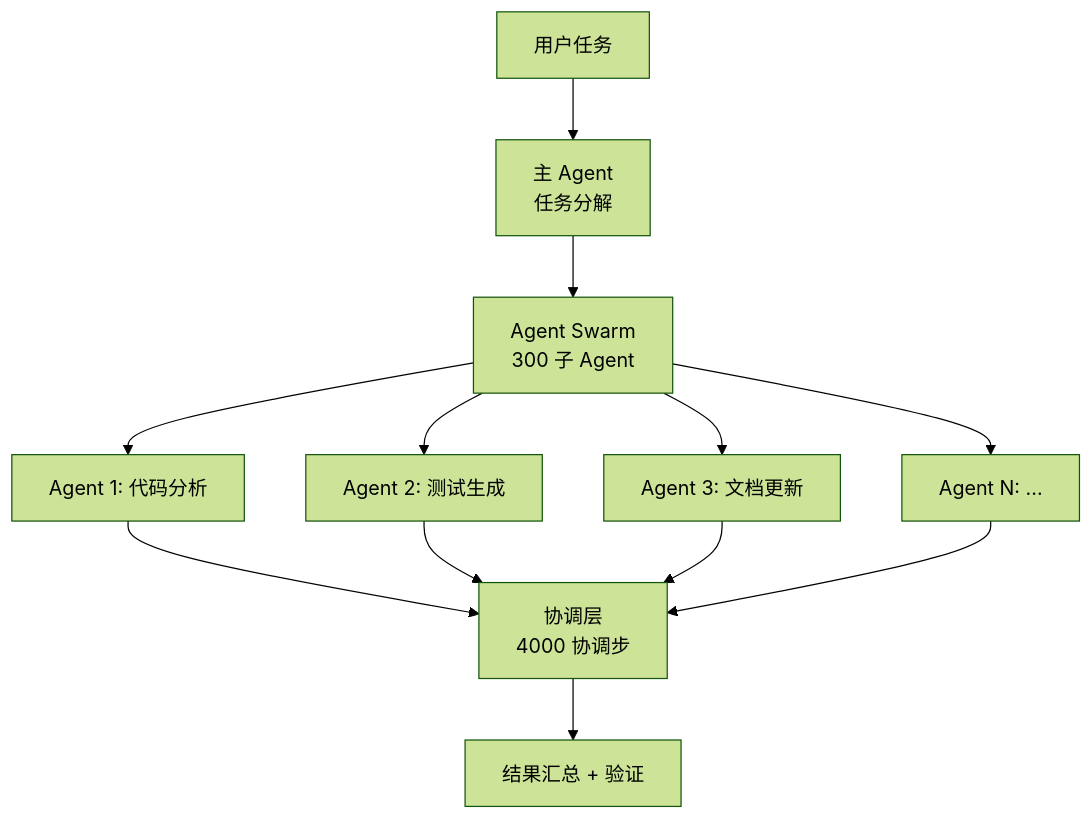
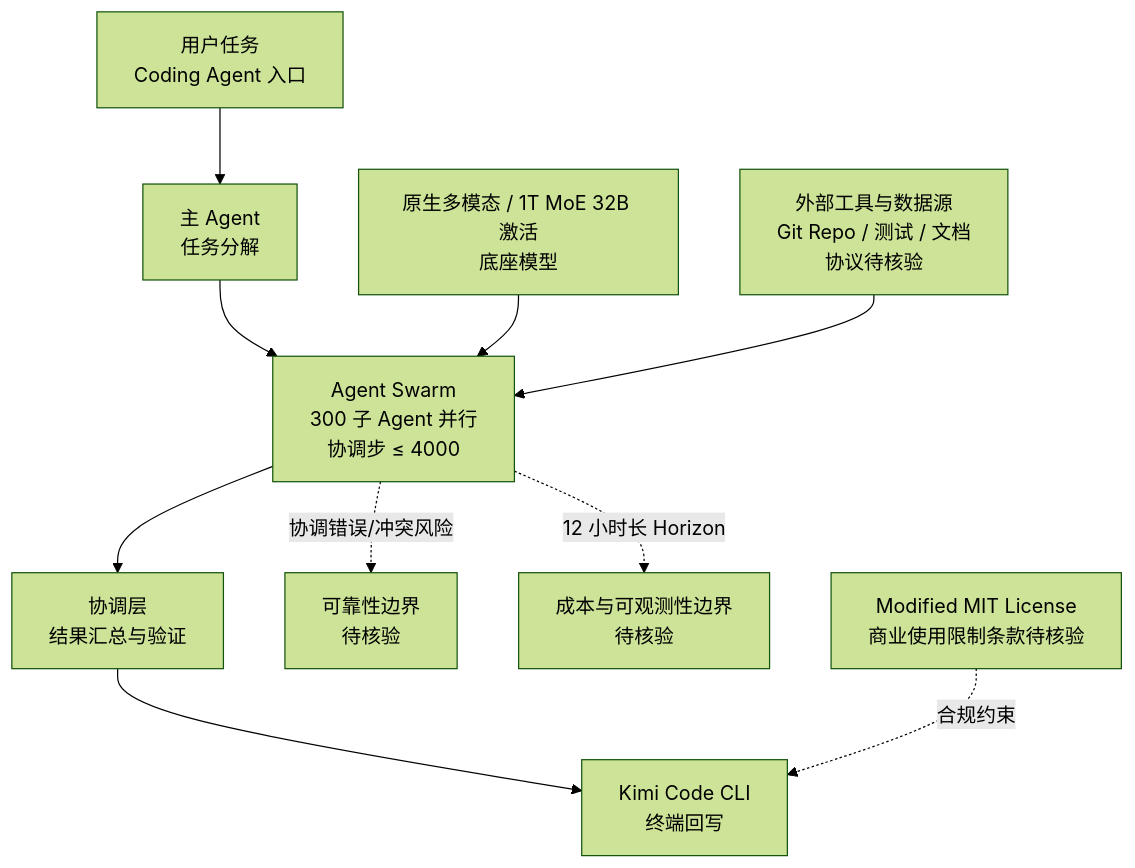
Before and after one commit to aiutil/github-researcher: the diagram in projects/kimi-k2-6.md, drawn with Mermaid (forest theme). The commit also changed other lines of this file and 939 other files, not shown here.

Commit message:
feat: add architect briefs and Mermaid project maps

````diff
--- a/projects/kimi-k2-6.md
+++ b/projects/kimi-k2-6.md
@@ -57,14 +70,12 @@
 ```mermaid
-graph TD
-    A[用户任务] --> B[主 Agent<br/>任务分解]
-    B --> C[Agent Swarm<br/>300 子 Agent]
-    C --> D[Agent 1: 代码分析]
-    C --> E[Agent 2: 测试生成]
-    C --> F[Agent 3: 文档更新]
-    C --> G[Agent N: ...]
-    D --> H[协调层<br/>4000 协调步]
-    E --> H
-    F --> H
-    G --> H
-    H --> I[结果汇总 + 验证]
+graph TB
+    A[用户任务<br/>Coding Agent 入口] --> B[主 Agent<br/>任务分解]
+    B --> C[Agent Swarm<br/>300 子 Agent 并行<br/>协调步 ≤ 4000]
+    C --> D[协调层<br/>结果汇总与验证]
+    D --> E[Kimi Code CLI<br/>终端回写]
+    C -.协调错误/冲突风险.-> F[可靠性边界<br/>待核验]
+    C -.12 小时长 Horizon.-> G[成本与可观测性边界<br/>待核验]
+    H[原生多模态 / 1T MoE 32B 激活<br/>底座模型] --> C
+    I[外部工具与数据源<br/>Git Repo / 测试 / 文档<br/>协议待核验] --> C
+    J[Modified MIT License<br/>商业使用限制条款待核验] -.合规约束.-> E
 ```
````
